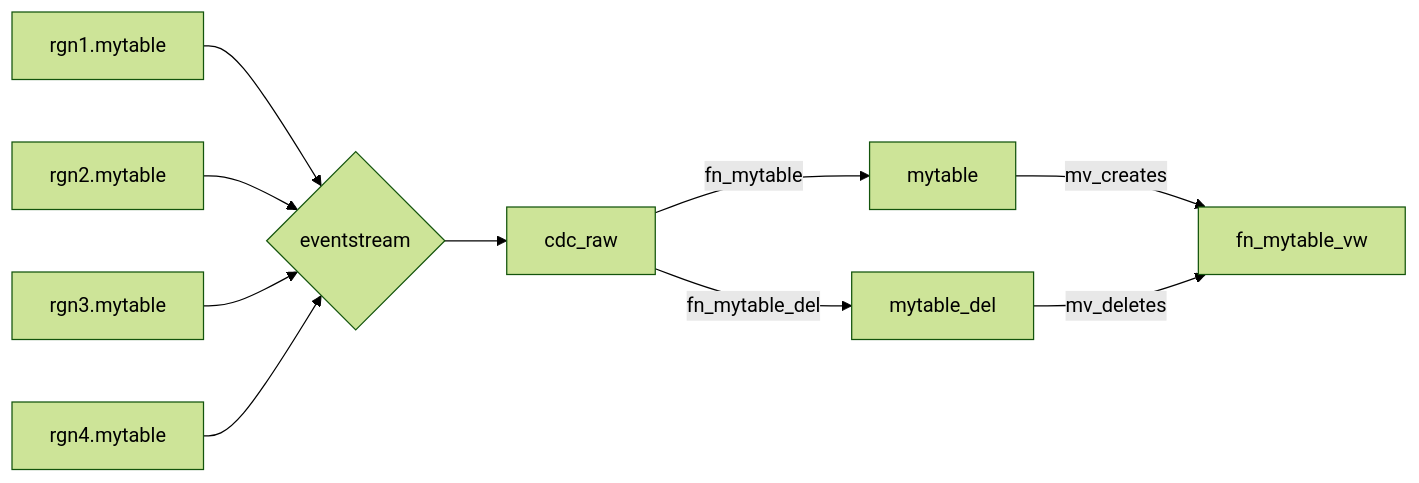
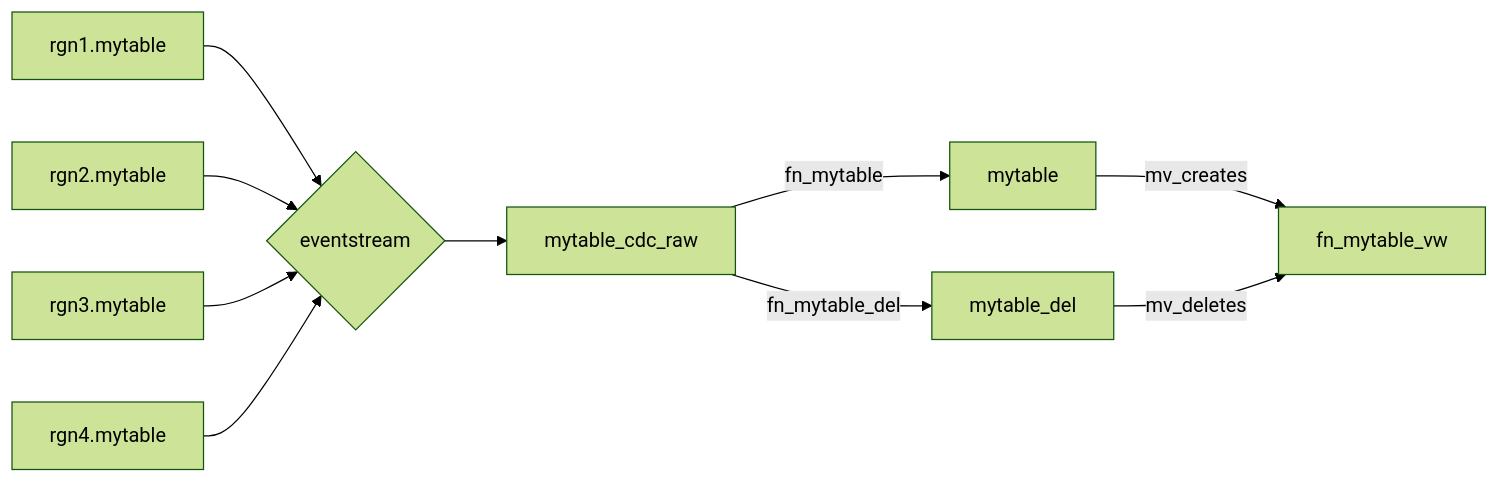
Before and after one commit to hfleitas/bigtuna: the diagram in README.md, drawn with Mermaid (forest theme).

````diff
--- a/README.md
+++ b/README.md
@@ -9,12 +9,12 @@
 ```mermaid
 graph LR
    rgn1.mytable-->es
    rgn2.mytable-->es
    rgn3.mytable-->es
    rgn4.mytable-->es
-   es{eventstream}-->cdc_raw
-   cdc_raw-->|fn_mytable | mytable
-   cdc_raw-->|fn_mytable_del | mytable_del
+   es{eventstream}-->mytable_cdc_raw
+   mytable_cdc_raw-->|fn_mytable | mytable
+   mytable_cdc_raw-->|fn_mytable_del | mytable_del
    mytable -->|mv_creates | fn_mytable_vw
    mytable_del -->|mv_deletes | fn_mytable_vw
 ```
````
